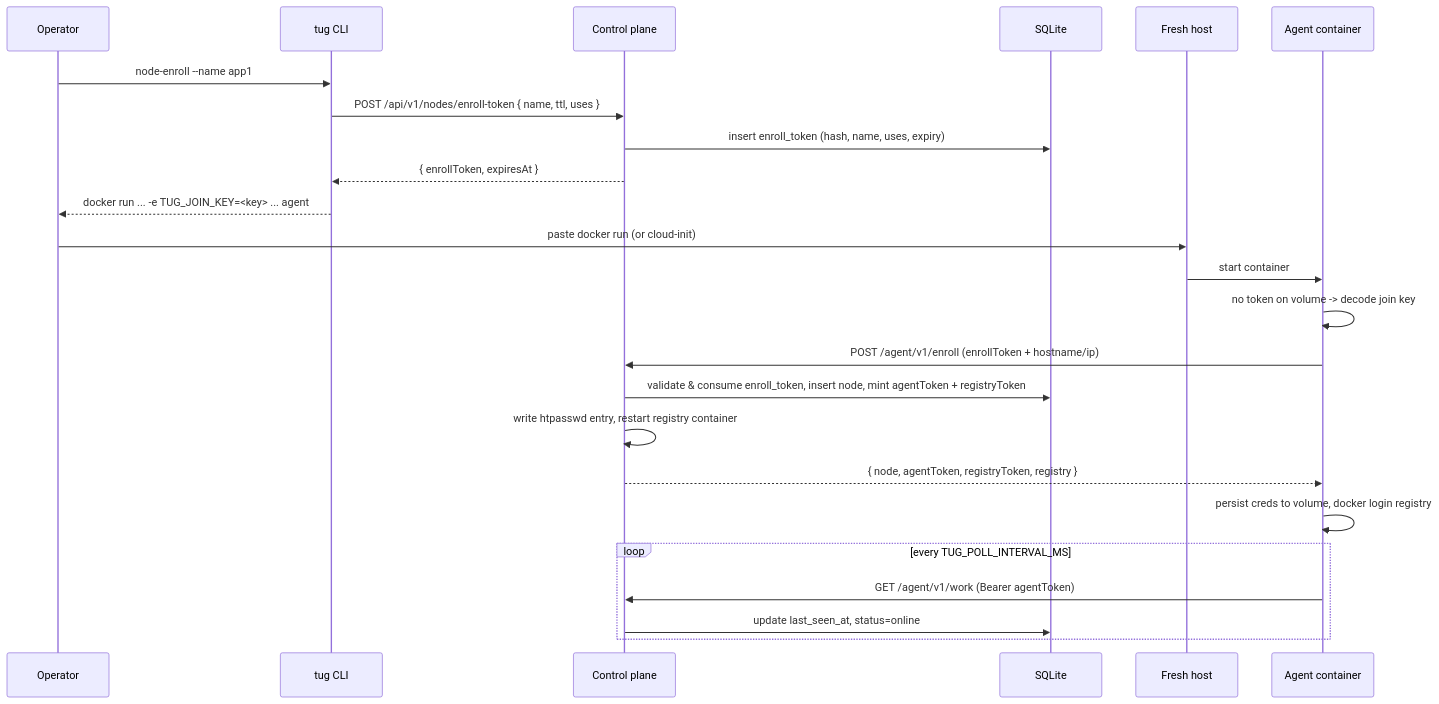
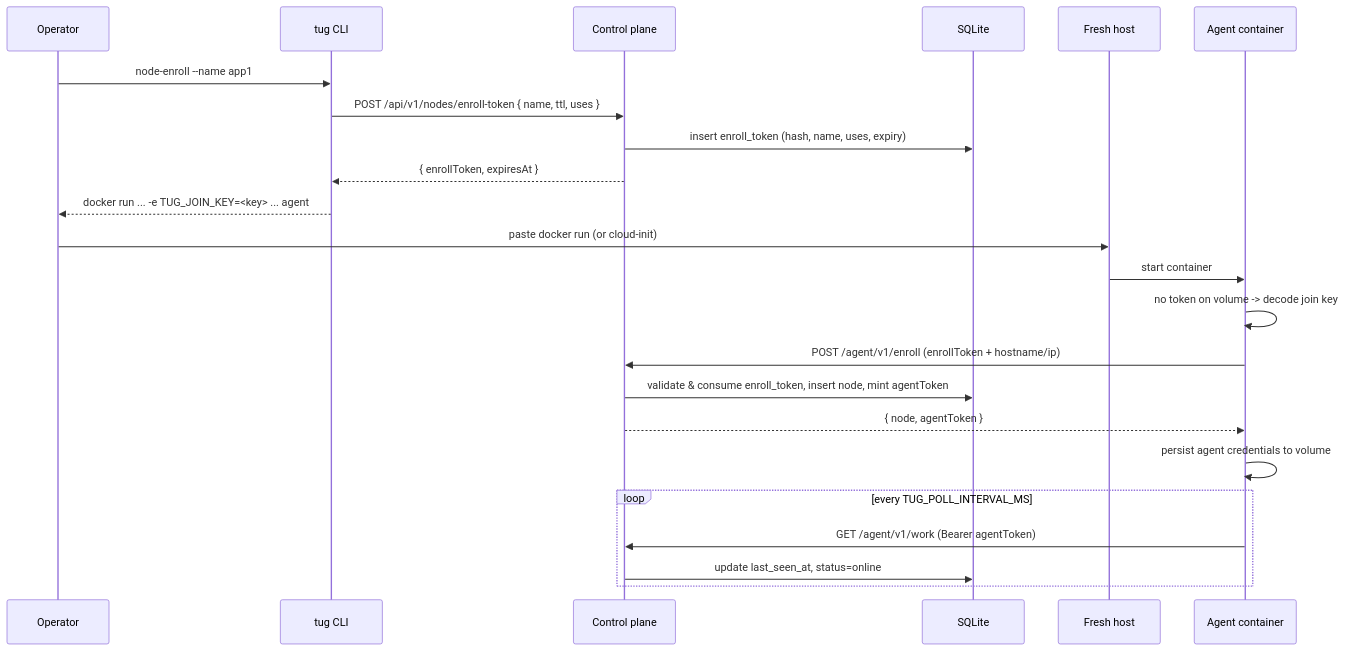
Before and after one commit to wpelevator/tug: the second of 5 diagrams in docs/architecture.md, drawn with Mermaid. The commit also changed other lines of this file and 78 other files, not shown here.

````diff
--- a/docs/architecture.md
+++ b/docs/architecture.md
@@ -90,27 +88,26 @@
 ```mermaid
 sequenceDiagram
     participant Op as Operator
     participant CLI as tug CLI
     participant Ctrl as Control plane
     participant DB as SQLite
     participant Host as Fresh host
     participant Agent as Agent container
 
     Op->>CLI: node-enroll --name app1
     CLI->>Ctrl: POST /api/v1/nodes/enroll-token { name, ttl, uses }
     Ctrl->>DB: insert enroll_token (hash, name, uses, expiry)
     Ctrl-->>CLI: { enrollToken, expiresAt }
     CLI-->>Op: docker run ... -e TUG_JOIN_KEY=<key> ... agent
     Op->>Host: paste docker run (or cloud-init)
     Host->>Agent: start container
     Agent->>Agent: no token on volume -> decode join key
     Agent->>Ctrl: POST /agent/v1/enroll (enrollToken + hostname/ip)
-    Ctrl->>DB: validate & consume enroll_token, insert node, mint agentToken + registryToken
-    Ctrl->>Ctrl: write htpasswd entry, restart registry container
-    Ctrl-->>Agent: { node, agentToken, registryToken, registry }
-    Agent->>Agent: persist creds to volume, docker login registry
+    Ctrl->>DB: validate & consume enroll_token, insert node, mint agentToken
+    Ctrl-->>Agent: { node, agentToken }
+    Agent->>Agent: persist agent credentials to volume
     loop every TUG_POLL_INTERVAL_MS
         Agent->>Ctrl: GET /agent/v1/work (Bearer agentToken)
         Ctrl->>DB: update last_seen_at, status=online
     end
 ```
````
